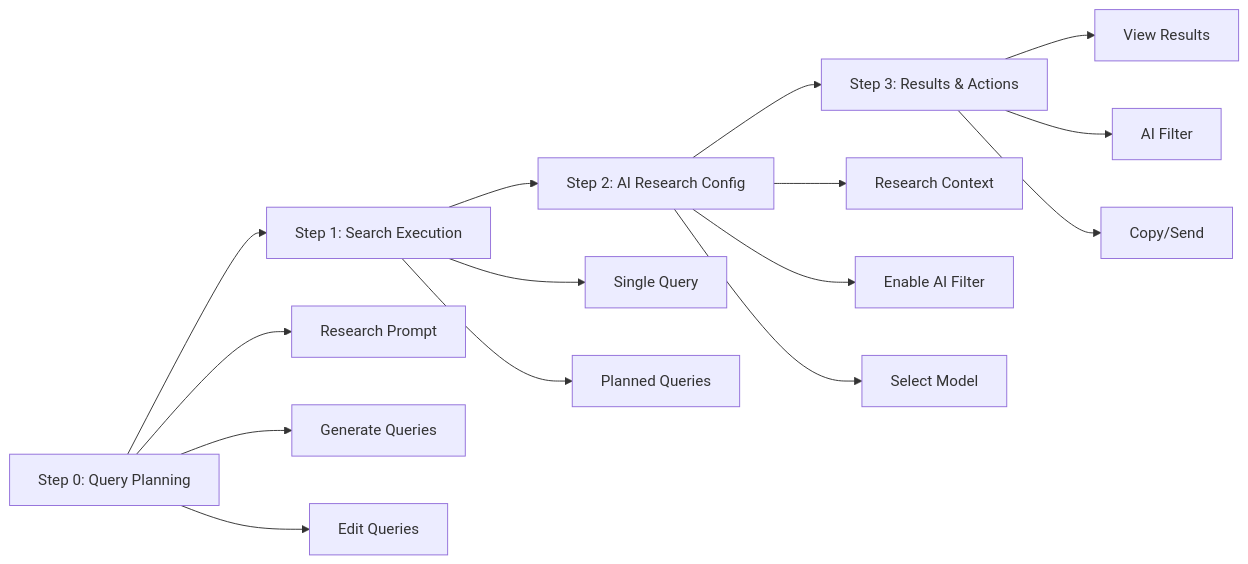
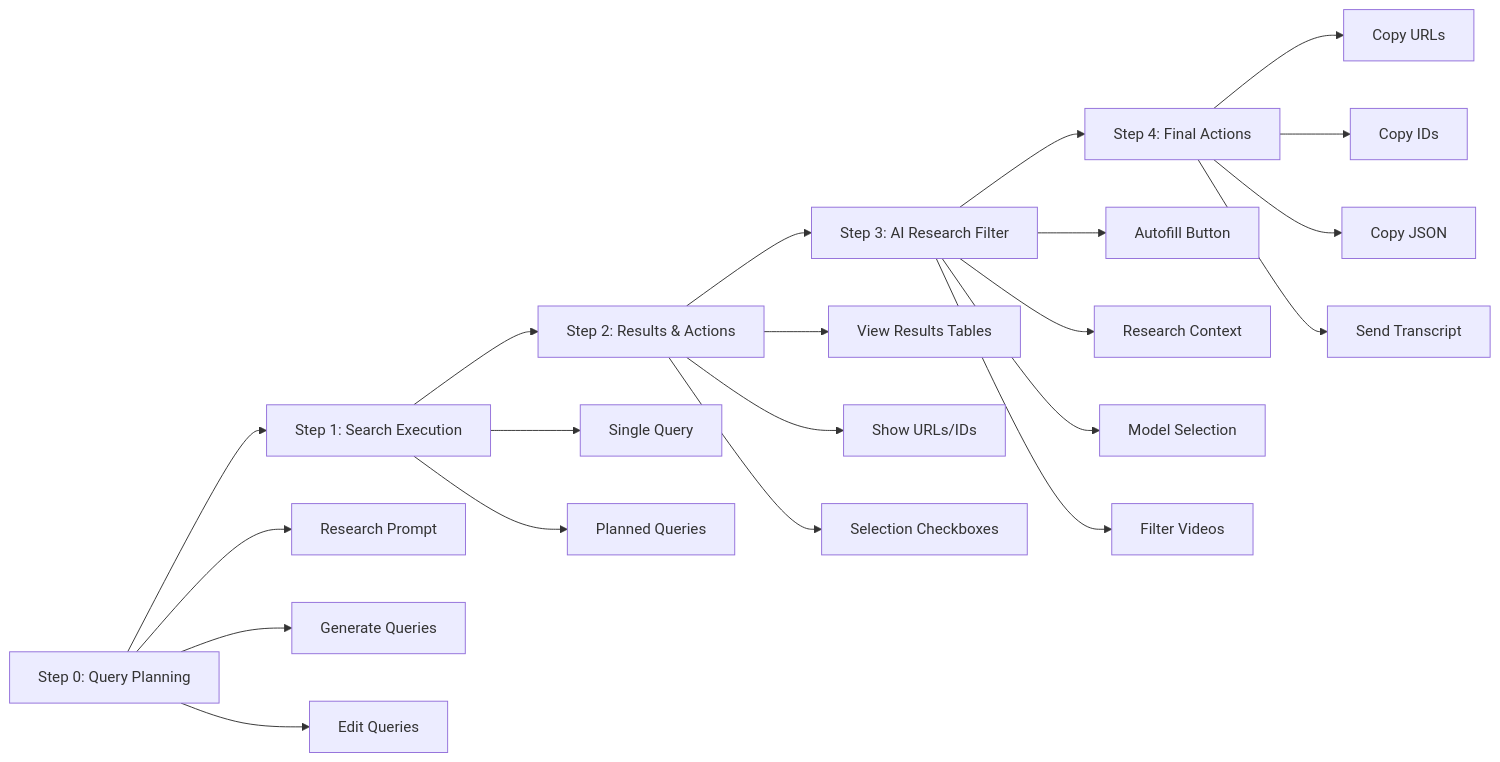
One commit to zenprotheos/video_podcast_research changed the diagram in tasks/20260124_083300_youtube_search_improvements/build plans/AGENT_INSTRUCTIONS.md. Above: the diagram before and after it, drawn with Mermaid. The commit also changed other lines of this file and 7 other files, not shown here.

````diff
--- a/tasks/20260124_083300_youtube_search_improvements/build plans/AGENT_INSTRUCTIONS.md
+++ b/tasks/20260124_083300_youtube_search_improvements/build plans/AGENT_INSTRUCTIONS.md
@@ -150,21 +150,28 @@
 ```mermaid
 graph LR
     A[Step 0: Query Planning] --> B[Step 1: Search Execution]
-    B --> C[Step 2: AI Research Config]
-    C --> D[Step 3: Results & Actions]
+    B --> C[Step 2: Results & Actions]
+    C --> D[Step 3: AI Research Filter]
+    D --> E[Step 4: Final Actions]
     
     A --> A1[Research Prompt]
     A --> A2[Generate Queries]
     A --> A3[Edit Queries]
     
     B --> B1[Single Query]
     B --> B2[Planned Queries]
     
-    C --> C1[Research Context]
-    C --> C2[Enable AI Filter]
-    C --> C3[Select Model]
+    C --> C1[View Results Tables]
+    C --> C2[Show URLs/IDs]
+    C --> C3[Selection Checkboxes]
     
-    D --> D1[View Results]
-    D --> D2[AI Filter]
-    D --> D3[Copy/Send]
+    D --> D1[Autofill Button]
+    D --> D2[Research Context]
+    D --> D3[Model Selection]
+    D --> D4[Filter Videos]
+    
+    E --> E1[Copy URLs]
+    E --> E2[Copy IDs]
+    E --> E3[Copy JSON]
+    E --> E4[Send Transcript]
 ```
````
